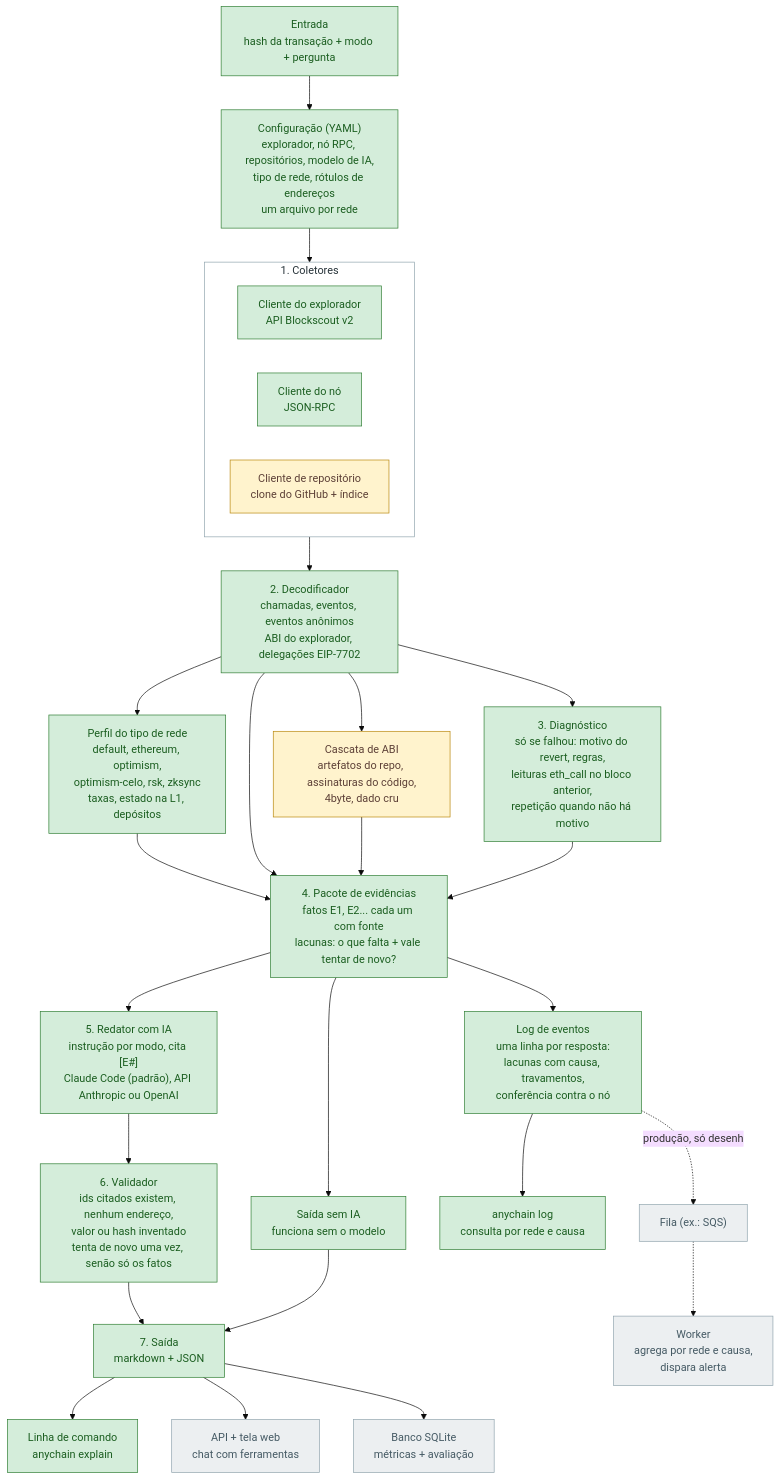
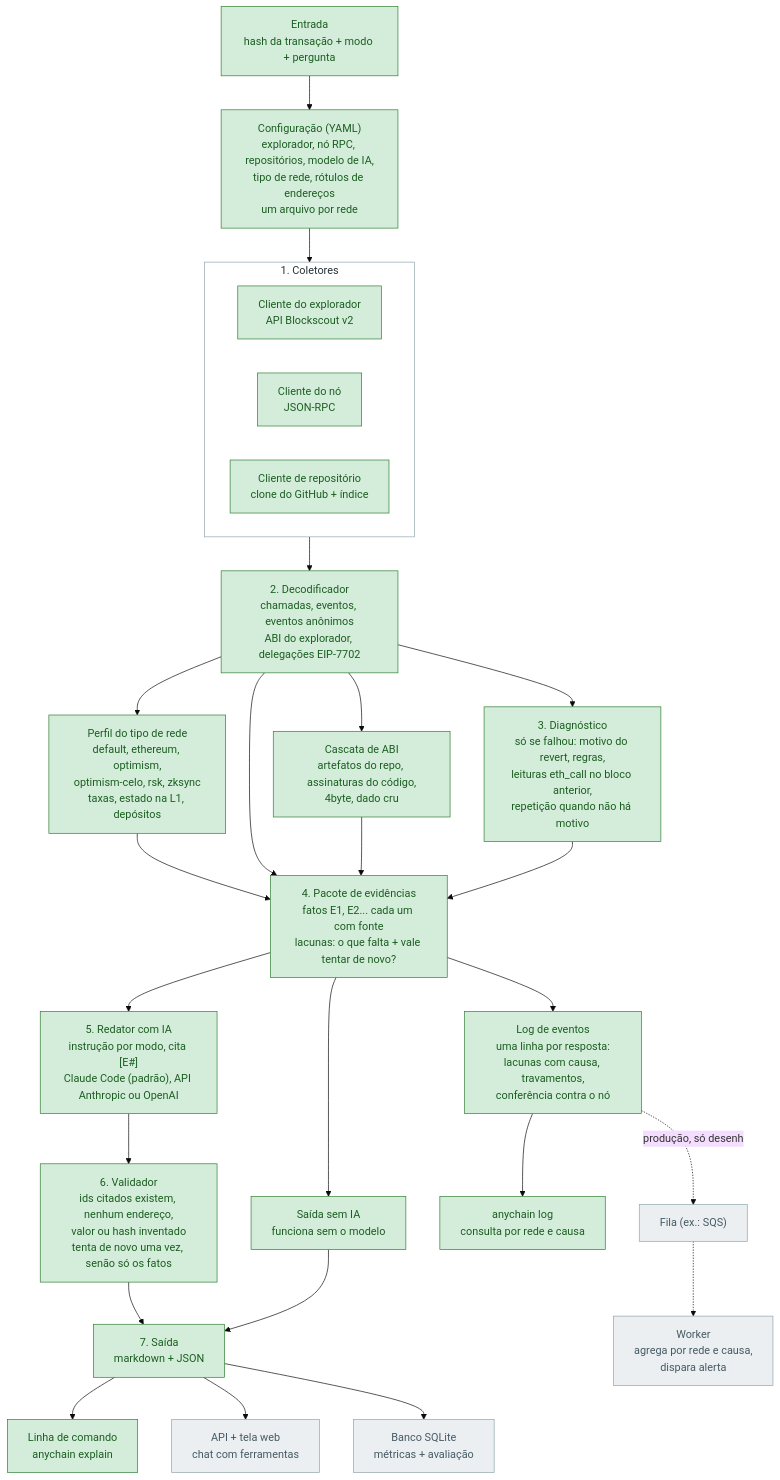
The first of 5 diagrams in docs/ARCHITECTURE.pt-BR.md (Ebaoj/anychain), drawn with Mermaid (base theme) before and after one commit. The commit also changed other lines of this file and 24 other files, not shown here.

````diff
--- a/docs/ARCHITECTURE.pt-BR.md
+++ b/docs/ARCHITECTURE.pt-BR.md
@@ -20,46 +20,45 @@
 ```mermaid
 flowchart TD
     IN["Entrada<br/>hash da transação + modo + pergunta"] --> CFG
 
     CFG["Configuração (YAML)<br/>explorador, nó RPC, repositórios, modelo de IA,<br/>tipo de rede, rótulos de endereços<br/>um arquivo por rede"]
 
     CFG --> COL
     subgraph COL["1. Coletores"]
         EXP["Cliente do explorador<br/>API Blockscout v2"]
         RPC["Cliente do nó<br/>JSON-RPC"]
         REPO["Cliente de repositório<br/>clone do GitHub + índice"]
     end
 
     COL --> DEC["2. Decodificador<br/>chamadas, eventos, eventos anônimos<br/>ABI do explorador, delegações EIP-7702"]
     DEC --> PRO["Perfil do tipo de rede<br/>default, ethereum, optimism,<br/>optimism-celo, rsk, zksync<br/>taxas, estado na L1, depósitos"]
     PRO --> BUN
     DEC --> CAS["Cascata de ABI<br/>artefatos do repo, assinaturas do código,<br/>4byte, dado cru"]
     DEC --> DIAG["3. Diagnóstico<br/>só se falhou: motivo do revert, regras,<br/>leituras eth_call no bloco anterior,<br/>repetição quando não há motivo"]
     DEC --> BUN
     CAS --> BUN
     DIAG --> BUN
 
     BUN["4. Pacote de evidências<br/>fatos E1, E2... cada um com fonte<br/>lacunas: o que falta + vale tentar de novo?"]
     BUN --> WRI["5. Redator com IA<br/>instrução por modo, cita [E#]<br/>Claude Code (padrão), API Anthropic ou OpenAI"]
     BUN --> REN["Saída sem IA<br/>funciona sem o modelo"]
     WRI --> VAL["6. Validador<br/>ids citados existem, nenhum endereço,<br/>valor ou hash inventado<br/>tenta de novo uma vez, senão só os fatos"]
     VAL --> OUT
     REN --> OUT
 
     OUT["7. Saída<br/>markdown + JSON"] --> CLI["Linha de comando<br/>anychain explain"]
     OUT --> API["API + tela web<br/>chat com ferramentas"]
     OUT --> DB["Banco SQLite<br/>métricas + avaliação"]
     BUN --> LOG["Log de eventos<br/>uma linha por resposta:<br/>lacunas com causa, travamentos,<br/>conferência contra o nó"]
     LOG --> QRY["anychain log<br/>consulta por rede e causa"]
     LOG -.produção, só desenho.-> FILA["Fila (ex.: SQS)"]
     FILA -.-> WRK["Worker<br/>agrega por rede e causa,<br/>dispara alerta"]
 
     classDef done fill:#d4edda,stroke:#2e7d32,color:#1b5e20
     classDef next fill:#fff3cd,stroke:#b8860b,color:#5d4037
     classDef later fill:#eceff1,stroke:#90a4ae,color:#455a64
 
-    class IN,CFG,EXP,RPC,DEC,PRO,BUN,WRI,REN,OUT,CLI,LOG,QRY,VAL,DIAG done
-    class REPO,CAS next
+    class IN,CFG,EXP,RPC,DEC,PRO,BUN,WRI,REN,OUT,CLI,LOG,QRY,VAL,DIAG,REPO,CAS done
     class API,DB,FILA,WRK later
     style COL fill:#ffffff,stroke:#90a4ae,color:#263238
 ```
````
